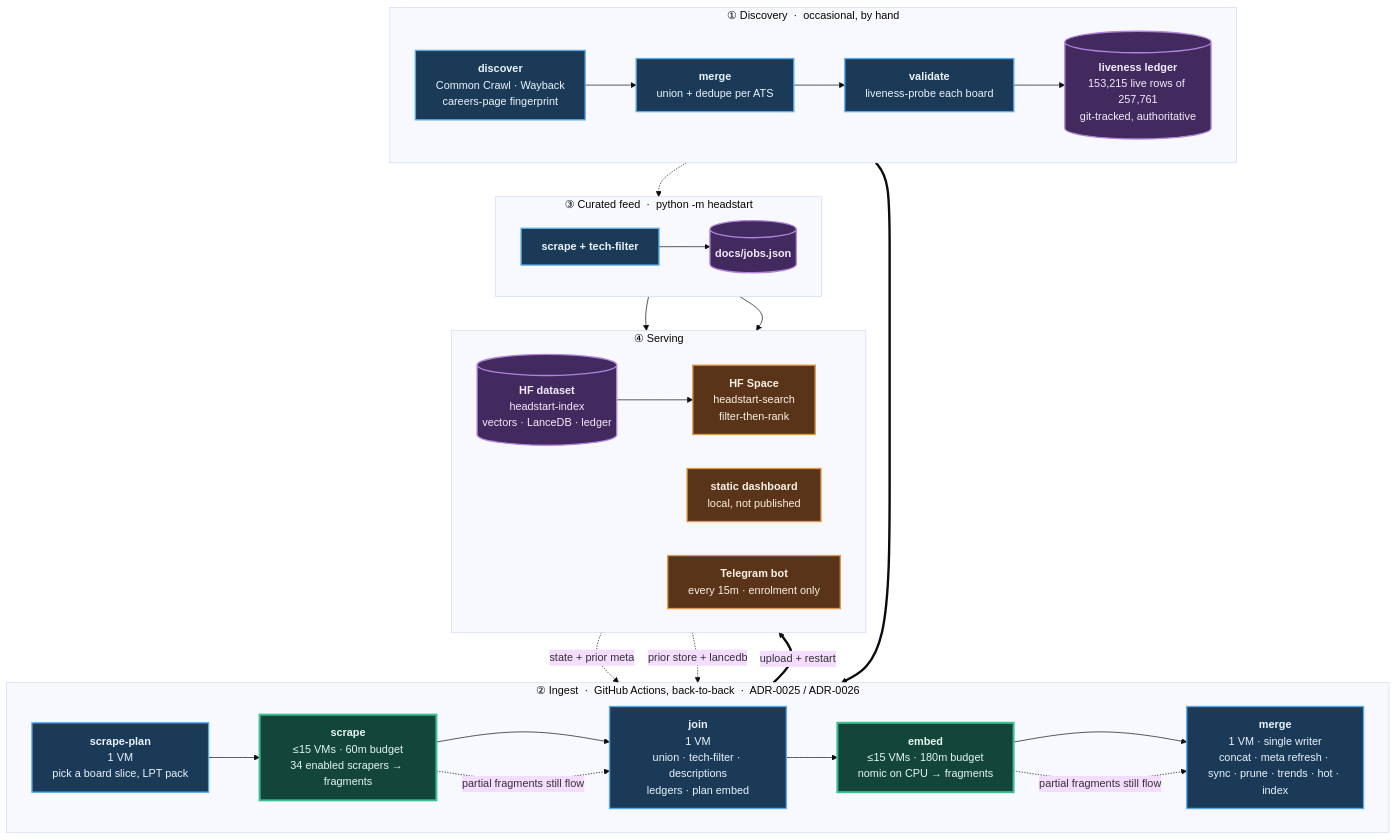
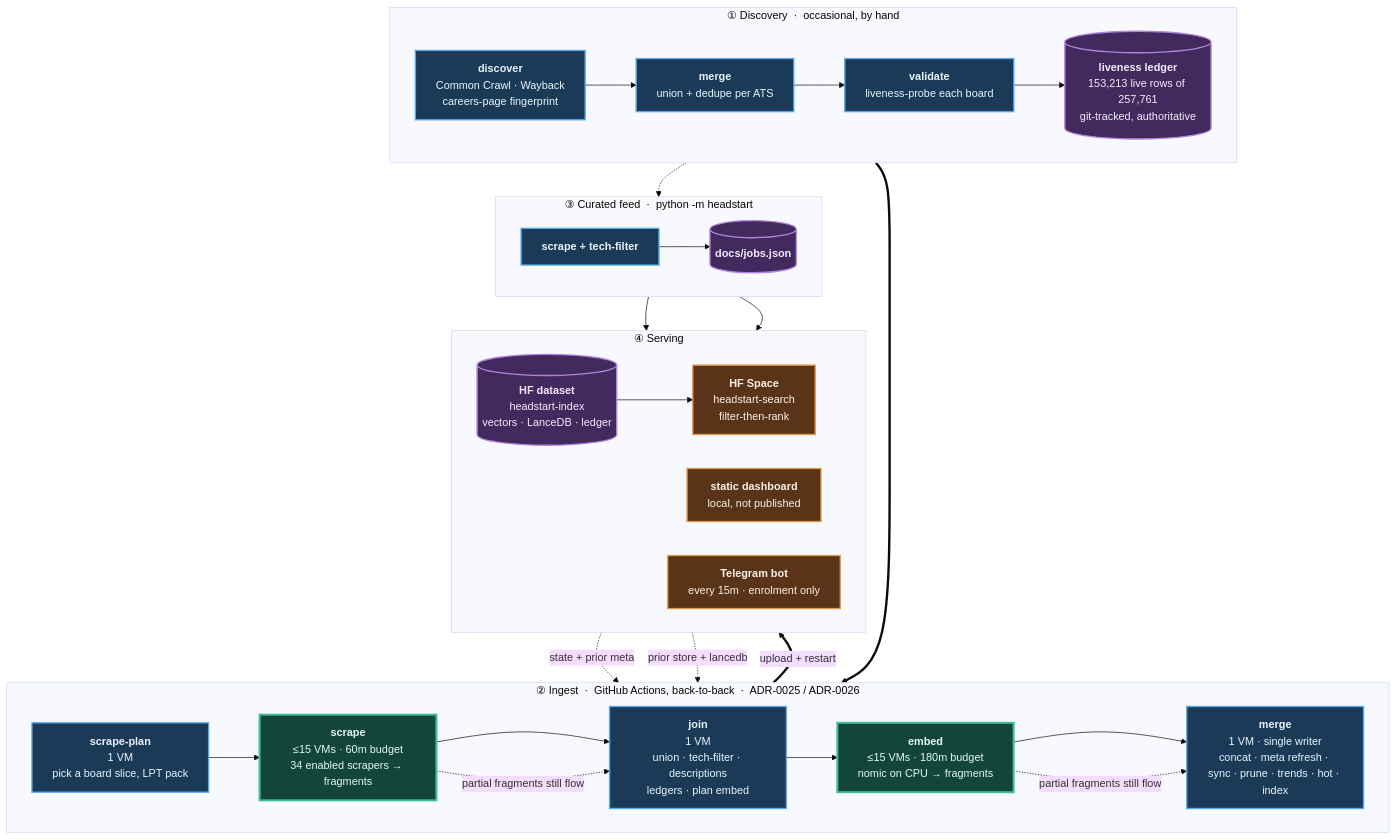
Before and after one commit to sarthakjain004/headstart: the diagram in README.md, drawn with Mermaid (base theme). The commit also changed other lines of this file and 5 other files, not shown here.

````diff
--- a/README.md
+++ b/README.md
@@ -170,56 +170,56 @@
 ```mermaid
 flowchart TB
     subgraph D["① Discovery &nbsp;·&nbsp; occasional, by hand"]
         direction LR
         D1["<b>discover</b><br/>Common Crawl · Wayback<br/>careers-page fingerprint"]
         D2["<b>merge</b><br/>union + dedupe per ATS"]
         D3["<b>validate</b><br/>liveness-probe each board"]
-        D4[("<b>liveness ledger</b><br/>153,215 live rows of 257,761<br/>git-tracked, authoritative")]
+        D4[("<b>liveness ledger</b><br/>153,213 live rows of 257,761<br/>git-tracked, authoritative")]
         D1 --> D2 --> D3 --> D4
     end
 
     subgraph P["② Ingest &nbsp;·&nbsp; GitHub Actions, back-to-back &nbsp;·&nbsp; ADR-0025 / ADR-0026"]
         direction LR
         P1["<b>scrape-plan</b><br/>1 VM<br/>pick a board slice, LPT pack"]
         P2["<b>scrape</b><br/>≤15 VMs · 60m budget<br/>34 enabled scrapers → fragments"]
         P3["<b>join</b><br/>1 VM<br/>union · tech-filter · descriptions<br/>ledgers · plan embed"]
         P4["<b>embed</b><br/>≤15 VMs · 180m budget<br/>nomic on CPU → fragments"]
         P5["<b>merge</b><br/>1 VM · single writer<br/>concat · meta refresh · sync · prune · trends · hot · index"]
         P1 --> P2 --> P3 --> P4 --> P5
     end
 
     subgraph F["③ Curated feed &nbsp;·&nbsp; python -m headstart"]
         direction LR
         F1["<b>scrape + tech-filter</b>"]
         F2[("<b>docs/jobs.json</b>")]
         F1 --> F2
     end
 
     subgraph S["④ Serving"]
         direction LR
         S1[("<b>HF dataset</b><br/>headstart-index<br/>vectors · LanceDB · ledger")]
         S2["<b>HF Space</b><br/>headstart-search<br/>filter-then-rank"]
         S3["<b>static dashboard</b><br/>local, not published"]
         S4["<b>Telegram bot</b><br/>every 15m · enrolment only"]
         S1 --> S2
     end
 
     D4 ==> P1
     S1 -. "state + prior meta" .-> P1
     S1 -. "prior store + lancedb" .-> P5
     D4 -.-> F1
     P5 ==>|"upload + restart"| S1
     F2 --> S3
     F2 --> S4
     P2 -. "partial fragments still flow" .-> P3
     P4 -. "partial fragments still flow" .-> P5
 
     classDef serial fill:#1b3a57,stroke:#5aa9e6,stroke-width:2px,color:#eaf4fc
     classDef fan fill:#14453a,stroke:#3fbf8f,stroke-width:3px,color:#e4f7f0
     classDef store fill:#42295e,stroke:#b184dd,stroke-width:2px,color:#f4ecfc
     classDef serve fill:#5a3418,stroke:#e09a4f,stroke-width:2px,color:#fbf1e6
     class D1,D2,D3,P1,P3,P5,F1 serial
     class P2,P4 fan
     class D4,F2,S1 store
     class S2,S3,S4 serve
 ```
````
